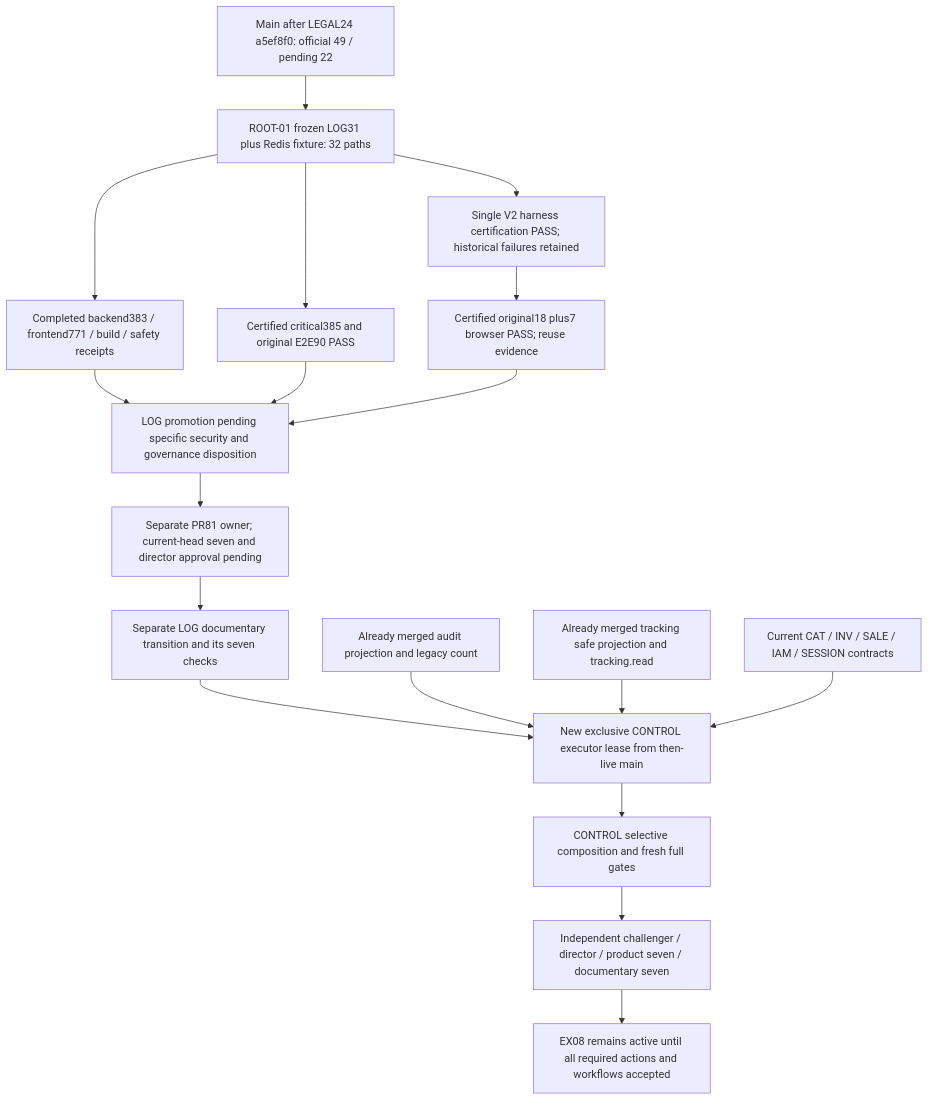
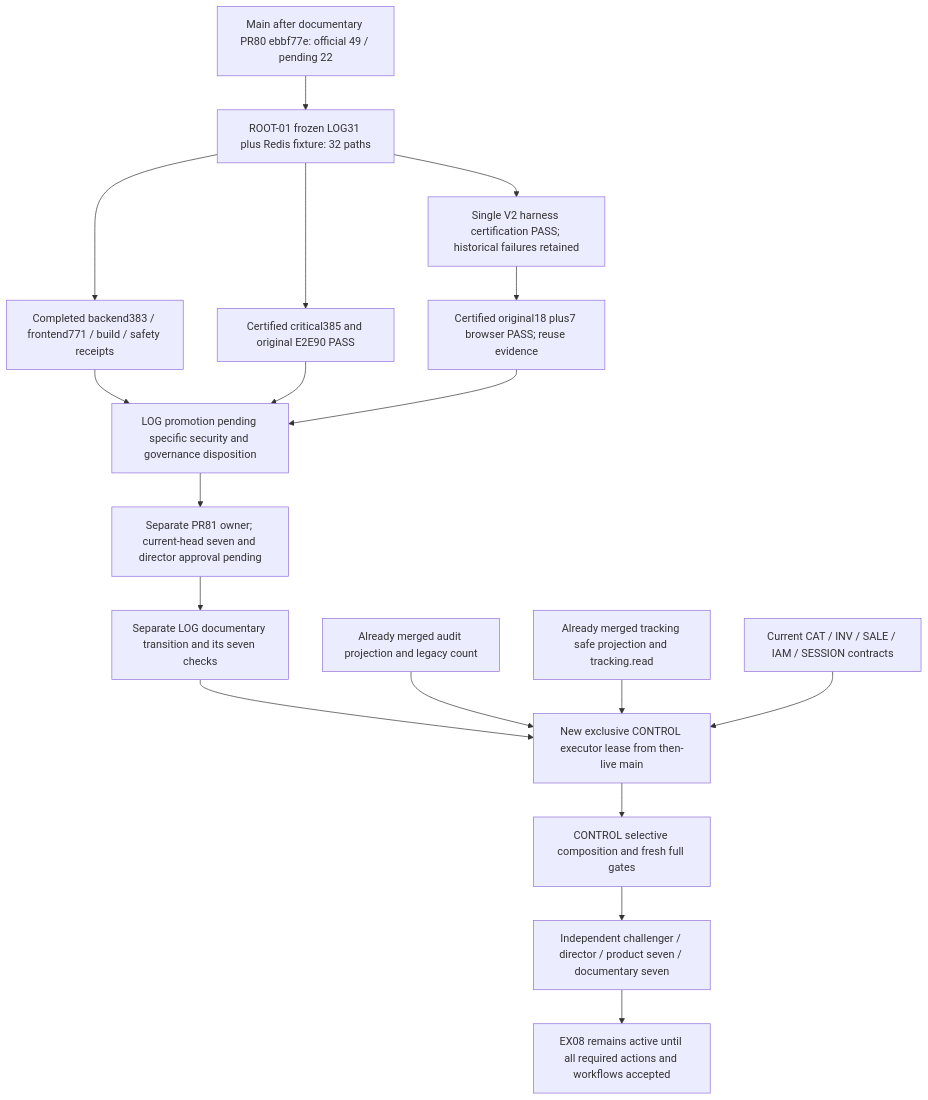
Before and after one commit to DevOps-Solutions-IA/distritools-jl: the diagram in docs/orchestration/consolidation/RECONCILIATION/DEPENDENCY_GRAPH.md, drawn with Mermaid. The commit also changed other lines of this file and 9 other files, not shown here.

````diff
--- a/docs/orchestration/consolidation/RECONCILIATION/DEPENDENCY_GRAPH.md
+++ b/docs/orchestration/consolidation/RECONCILIATION/DEPENDENCY_GRAPH.md
@@ -7,20 +7,20 @@
 ```mermaid
 flowchart TD
-  M[Main after LEGAL24 a5ef8f0: official 49 / pending 22] --> Q[ROOT-01 frozen LOG31 plus Redis fixture: 32 paths]
+  M[Main after documentary PR80 ebbf77e: official 49 / pending 22] --> Q[ROOT-01 frozen LOG31 plus Redis fixture: 32 paths]
   Q --> U[Completed backend383 / frontend771 / build / safety receipts]
   Q --> C[Certified critical385 and original E2E90 PASS]
   Q --> B[Single V2 harness certification PASS; historical failures retained]
   B --> F[Certified original18 plus7 browser PASS; reuse evidence]
   U --> R[LOG promotion pending specific security and governance disposition]
   C --> R
   F --> R
   R --> LP[Separate PR81 owner; current-head seven and director approval pending]
   LP --> LD[Separate LOG documentary transition and its seven checks]
   LD --> CL[New exclusive CONTROL executor lease from then-live main]
   A[Already merged audit projection and legacy count] --> CL
   T[Already merged tracking safe projection and tracking.read] --> CL
   S[Current CAT / INV / SALE / IAM / SESSION contracts] --> CL
   CL --> CP[CONTROL selective composition and fresh full gates]
   CP --> CD[Independent challenger / director / product seven / documentary seven]
   CD --> X[EX08 remains active until all required actions and workflows accepted]
 ```
````
